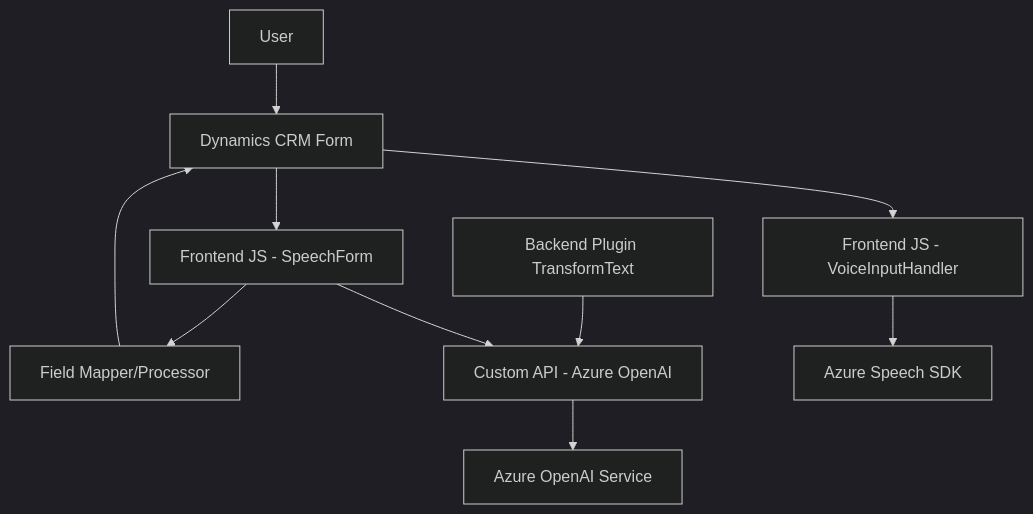
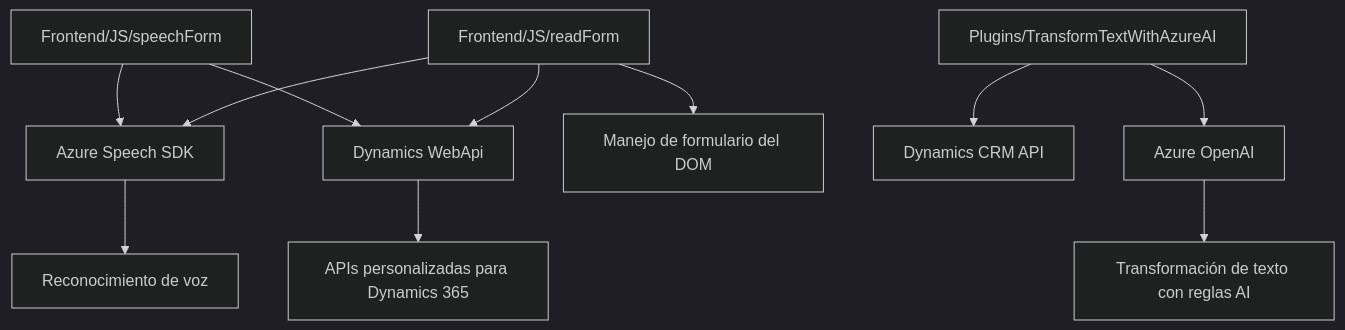
The diagram in README.md (blopezdm/NETCORE_BILBAO2025), drawn with Mermaid (dark theme) before and after one commit. The commit also changed other lines of this file, not shown here.

Commit message:
Actualizar análisis global de la solución con IA

````diff
--- a/README.md
+++ b/README.md
@@ -47,12 +42,15 @@
 ```mermaid
 graph TD
-    A[User] --> B[Dynamics CRM Form]
-    B --> C[Frontend JS - VoiceInputHandler]
-    B --> D[Frontend JS - SpeechForm]
-    C --> E["Azure Speech SDK"]
-    D --> F[Custom API - Azure OpenAI]
-    D --> G[Field Mapper/Processor]
-    F --> H["Azure OpenAI Service"]
-    G --> B
-    I[Backend Plugin TransformText] --> F
+  A["Frontend/JS/speechForm"] --> B["Azure Speech SDK"]
+  A --> C["Dynamics WebApi"]
+  B --> F["Reconocimiento de voz"]
+  C --> G["APIs personalizadas para Dynamics 365"]
+
+  D["Frontend/JS/readForm"] --> B
+  D --> C
+  D --> H["Manejo de formulario del DOM"]
+
+  E["Plugins/TransformTextWithAzureAI"] --> I["Dynamics CRM API"]
+  E --> J["Azure OpenAI"]
+  J --> K["Transformación de texto con reglas AI"]
 ```
````
